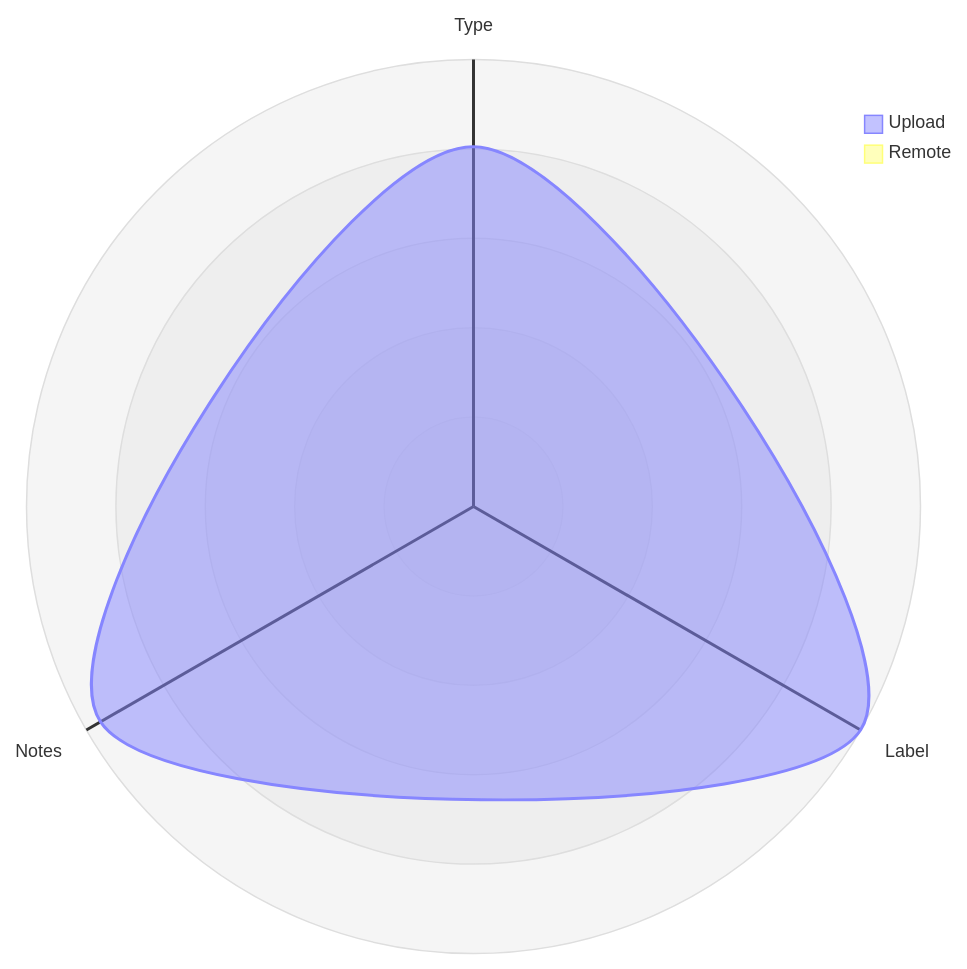
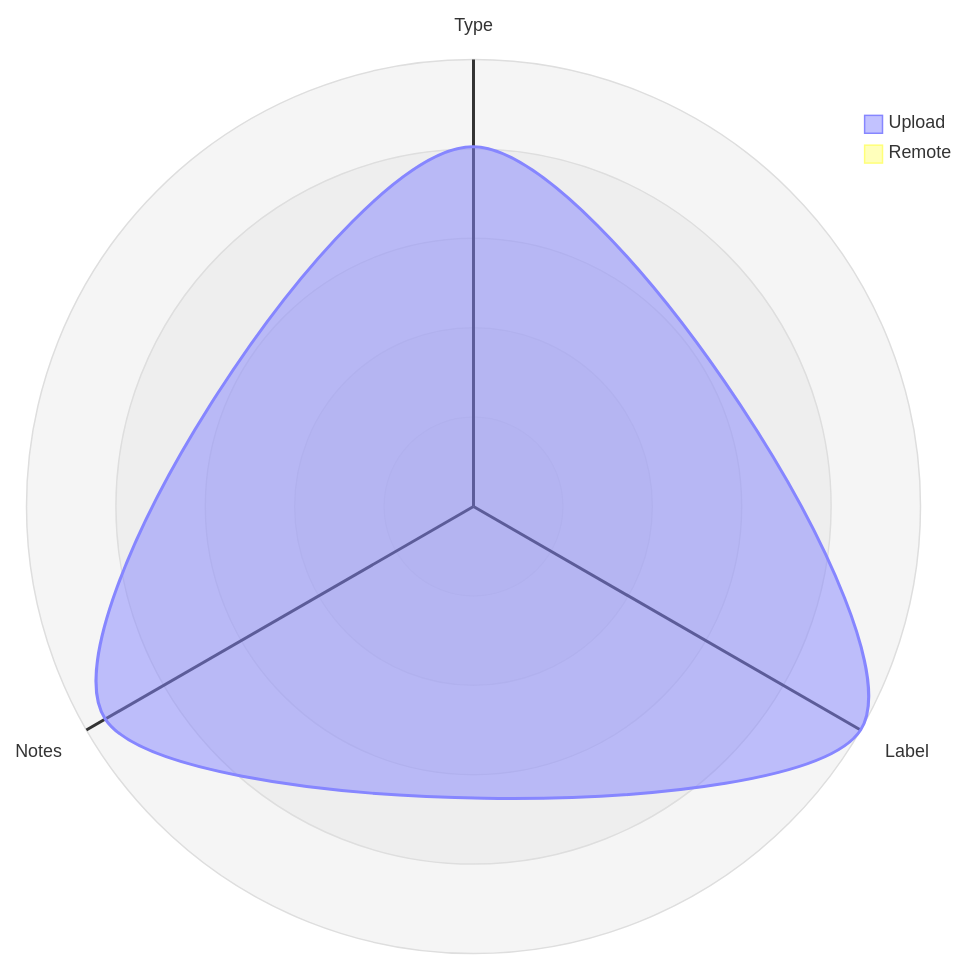
Before and after one commit to open-data/analytics-corporate-reporting: the third of 5 diagrams in datastore_tracker/README.md, drawn with Mermaid. The commit also changed other lines of this file and 9 other files, not shown here.

````diff
--- a/datastore_tracker/README.md
+++ b/datastore_tracker/README.md
@@ -104,12 +104,12 @@
 ```mermaid
 radar-beta
   axis T["Type"], L["Label"], N["Notes"]
-  curve u["Upload"]{0.00066, 0.00082, 0.00079}
+  curve u["Upload"]{0.00066, 0.00082, 0.00078}
   curve r["Remote"]{0, 0, 0}
 
   showLegend true
 
   min 0
   graticule circle
   ticks 5
 ```
````
